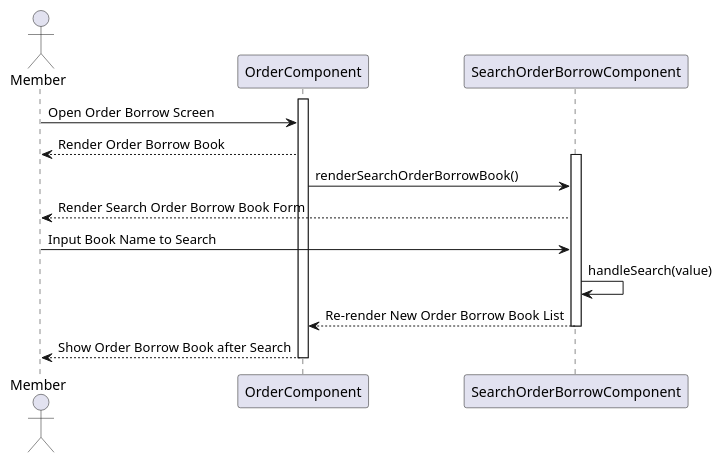
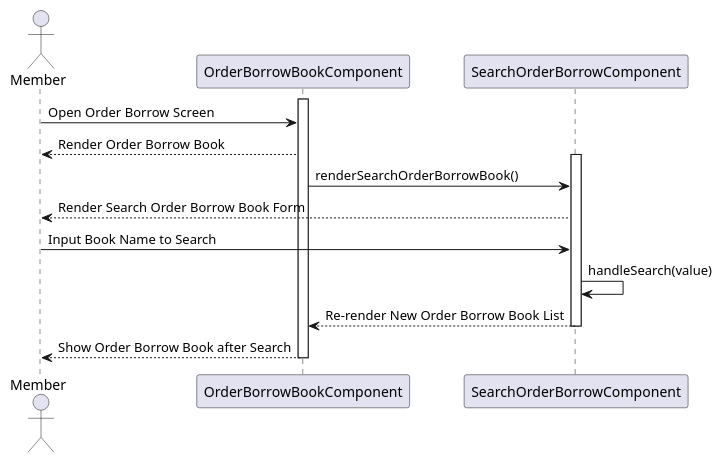
Before and after one commit to ljttl3q04t/Book-Over-There: the diagram in uml/019-sequence-search-order-borrow-book.wsd, drawn with PlantUML. The commit also changed 7 other files, not shown here.

Commit message:
sequence 19-25

```diff
--- a/uml/019-sequence-search-order-borrow-book.wsd
+++ b/uml/019-sequence-search-order-borrow-book.wsd
@@ -1,15 +1,15 @@
 @startuml
 actor Member
-activate OrderComponent
-Member -> OrderComponent: Open Order Borrow Screen
-OrderComponent --> Member: Render Order Borrow Book
+activate OrderBorrowBookComponent
+Member -> OrderBorrowBookComponent: Open Order Borrow Screen
+OrderBorrowBookComponent --> Member: Render Order Borrow Book
 activate SearchOrderBorrowComponent
-OrderComponent -> SearchOrderBorrowComponent: renderSearchOrderBorrowBook()
+OrderBorrowBookComponent -> SearchOrderBorrowComponent: renderSearchOrderBorrowBook()
 SearchOrderBorrowComponent --> Member: Render Search Order Borrow Book Form
 Member -> SearchOrderBorrowComponent: Input Book Name to Search
 SearchOrderBorrowComponent -> SearchOrderBorrowComponent: handleSearch(value)
-SearchOrderBorrowComponent --> OrderComponent: Re-render New Order Borrow Book List
+SearchOrderBorrowComponent --> OrderBorrowBookComponent: Re-render New Order Borrow Book List
 deactivate SearchOrderBorrowComponent
-OrderComponent --> Member: Show Order Borrow Book after Search 
-deactivate OrderComponent
+OrderBorrowBookComponent --> Member: Show Order Borrow Book after Search 
+deactivate OrderBorrowBookComponent
 @enduml
```
